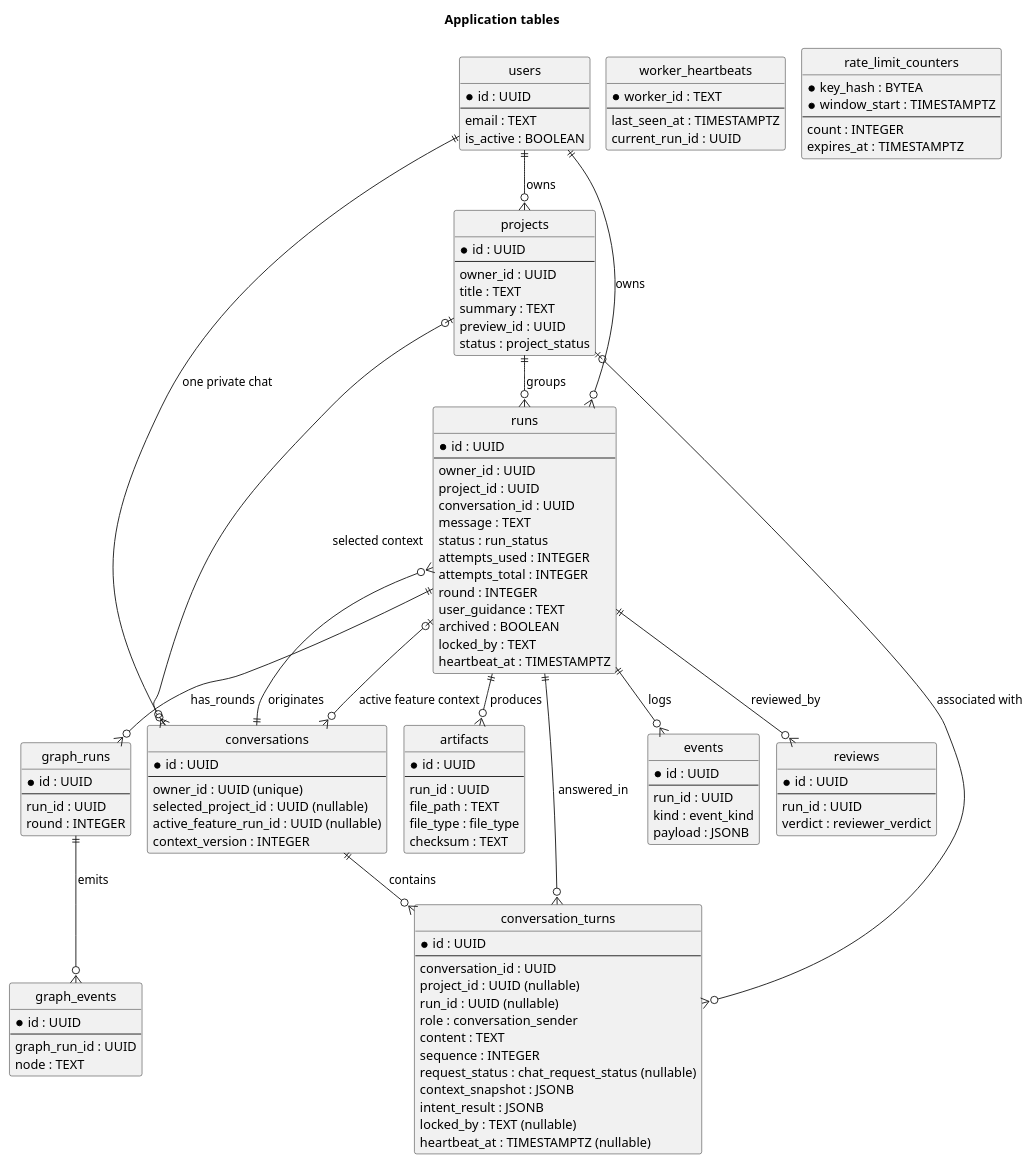
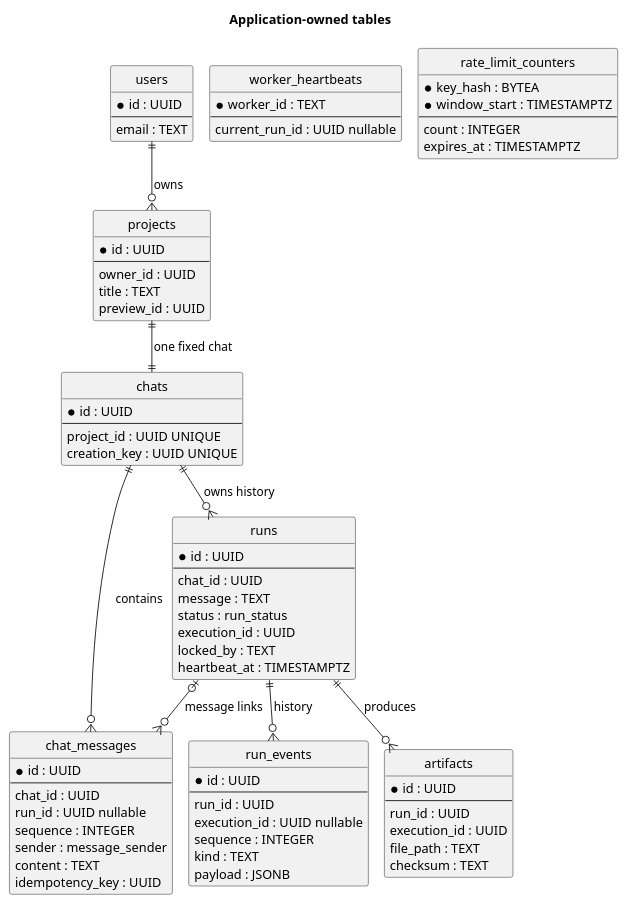
One commit to gdpe-franco/ai-coding-agent-pipeline changed the seventh of 7 diagrams in docs/architecture.md. Above: the diagram before and after it, drawn with PlantUML. The commit also changed other lines of this file and 58 other files, not shown here.

Commit message:
refactor: bind projects to chats and unify run history

````diff
--- a/docs/architecture.md
+++ b/docs/architecture.md
@@ -716,107 +619,69 @@
 ```puml
 @startuml
 !pragma layout smetana
-title Application tables
+title Application-owned tables
 hide circle
 skinparam backgroundColor white
 skinparam shadowing false
-skinparam entity {
-  BackgroundColor #F7F7F7
-  BorderColor #555555
-}
-
 entity users {
   * id : UUID
   --
   email : TEXT
-  is_active : BOOLEAN
 }
 entity projects {
   * id : UUID
   --
   owner_id : UUID
   title : TEXT
-  summary : TEXT
   preview_id : UUID
-  status : project_status
+}
+entity chats {
+  * id : UUID
+  --
+  project_id : UUID UNIQUE
+  creation_key : UUID UNIQUE
+}
+entity chat_messages {
+  * id : UUID
+  --
+  chat_id : UUID
+  run_id : UUID nullable
+  sequence : INTEGER
+  sender : message_sender
+  content : TEXT
+  idempotency_key : UUID
 }
 entity runs {
   * id : UUID
   --
-  owner_id : UUID
-  project_id : UUID
-  conversation_id : UUID
+  chat_id : UUID
   message : TEXT
   status : run_status
-  attempts_used : INTEGER
-  attempts_total : INTEGER
-  round : INTEGER
-  user_guidance : TEXT
-  archived : BOOLEAN
+  execution_id : UUID
   locked_by : TEXT
   heartbeat_at : TIMESTAMPTZ
+}
+entity run_events {
+  * id : UUID
+  --
+  run_id : UUID
+  execution_id : UUID nullable
+  sequence : INTEGER
+  kind : TEXT
+  payload : JSONB
 }
 entity artifacts {
   * id : UUID
   --
   run_id : UUID
+  execution_id : UUID
   file_path : TEXT
-  file_type : file_type
   checksum : TEXT
-}
-entity events {
-  * id : UUID
-  --
-  run_id : UUID
-  kind : event_kind
-  payload : JSONB
-}
-entity reviews {
-  * id : UUID
-  --
-  run_id : UUID
-  verdict : reviewer_verdict
-}
-entity conversations {
-  * id : UUID
-  --
-  owner_id : UUID (unique)
-  selected_project_id : UUID (nullable)
-  active_feature_run_id : UUID (nullable)
-  context_version : INTEGER
-}
-entity conversation_turns {
-  * id : UUID
-  --
-  conversation_id : UUID
-  project_id : UUID (nullable)
-  run_id : UUID (nullable)
-  role : conversation_sender
-  content : TEXT
-  sequence : INTEGER
-  request_status : chat_request_status (nullable)
-  context_snapshot : JSONB
-  intent_result : JSONB
-  locked_by : TEXT (nullable)
-  heartbeat_at : TIMESTAMPTZ (nullable)
-}
-entity graph_runs {
-  * id : UUID
-  --
-  run_id : UUID
-  round : INTEGER
-}
-entity graph_events {
-  * id : UUID
-  --
-  graph_run_id : UUID
-  node : TEXT
 }
 entity worker_heartbeats {
   * worker_id : TEXT
   --
-  last_seen_at : TIMESTAMPTZ
-  current_run_id : UUID
+  current_run_id : UUID nullable
 }
 entity rate_limit_counters {
   * key_hash : BYTEA
@@ -825,21 +690,12 @@
   count : INTEGER
   expires_at : TIMESTAMPTZ
 }
-
 users ||--o{ projects : owns
-users ||--o{ runs : owns
-users ||--o| conversations : one private chat
-projects ||--o{ runs : groups
-projects |o--o{ conversations : selected context
-projects |o--o{ conversation_turns : associated with
-conversations ||--o{ runs : originates
-runs |o--o{ conversations : active feature context
+projects ||--|| chats : one fixed chat
+chats ||--o{ chat_messages : contains
+chats ||--o{ runs : owns history
+runs |o--o{ chat_messages : message links
+runs ||--o{ run_events : history
 runs ||--o{ artifacts : produces
-runs ||--o{ events : logs
-runs ||--o{ reviews : reviewed_by
-runs ||--o{ graph_runs : has_rounds
-runs ||--o{ conversation_turns : answered_in
-conversations ||--o{ conversation_turns : contains
-graph_runs ||--o{ graph_events : emits
 @enduml
 ```
````
